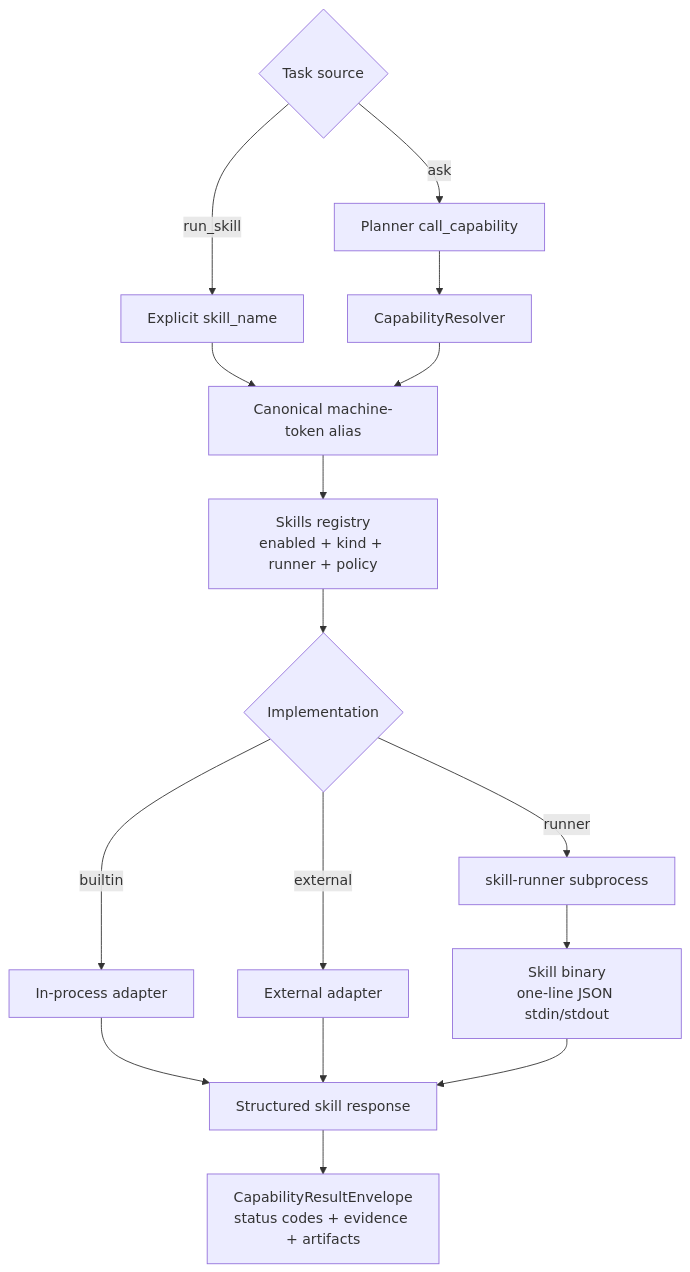
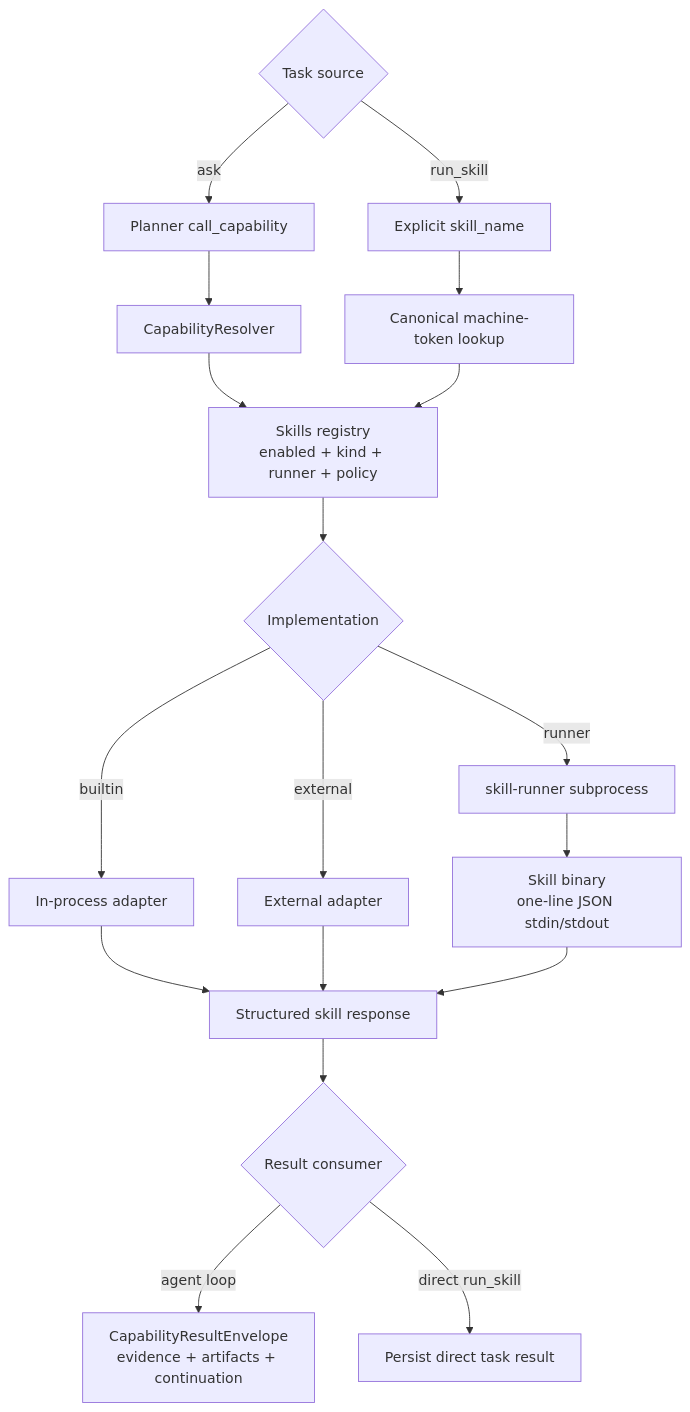
One commit to MatrixCoreX/RustClaw changed the first of 3 diagrams in docs/architecture/05-skills-media-models.md. Above: the diagram before and after it, drawn with Mermaid. The commit also changed other lines of this file and 17 other files, not shown here.

Commit message:
docs: synchronize architecture learning guide

````diff
--- a/docs/architecture/05-skills-media-models.md
+++ b/docs/architecture/05-skills-media-models.md
@@ -11,18 +14,20 @@
 ```mermaid
 flowchart TD
     A{Task source} -->|ask| B[Planner call_capability]
     A -->|run_skill| C[Explicit skill_name]
     B --> D[CapabilityResolver]
-    C --> E[Canonical machine-token alias]
-    D --> E
+    C --> E[Canonical machine-token lookup]
+    D --> F
     E --> F[Skills registry<br/>enabled + kind + runner + policy]
     F --> G{Implementation}
     G -->|builtin| H[In-process adapter]
     G -->|runner| I[skill-runner subprocess]
     G -->|external| J[External adapter]
     I --> K[Skill binary<br/>one-line JSON stdin/stdout]
     H --> L[Structured skill response]
     J --> L
     K --> L
-    L --> M[CapabilityResultEnvelope<br/>status codes + evidence + artifacts]
+    L --> M{Result consumer}
+    M -->|agent loop| N[CapabilityResultEnvelope<br/>evidence + artifacts + continuation]
+    M -->|direct run_skill| O[Persist direct task result]
 ```
````
